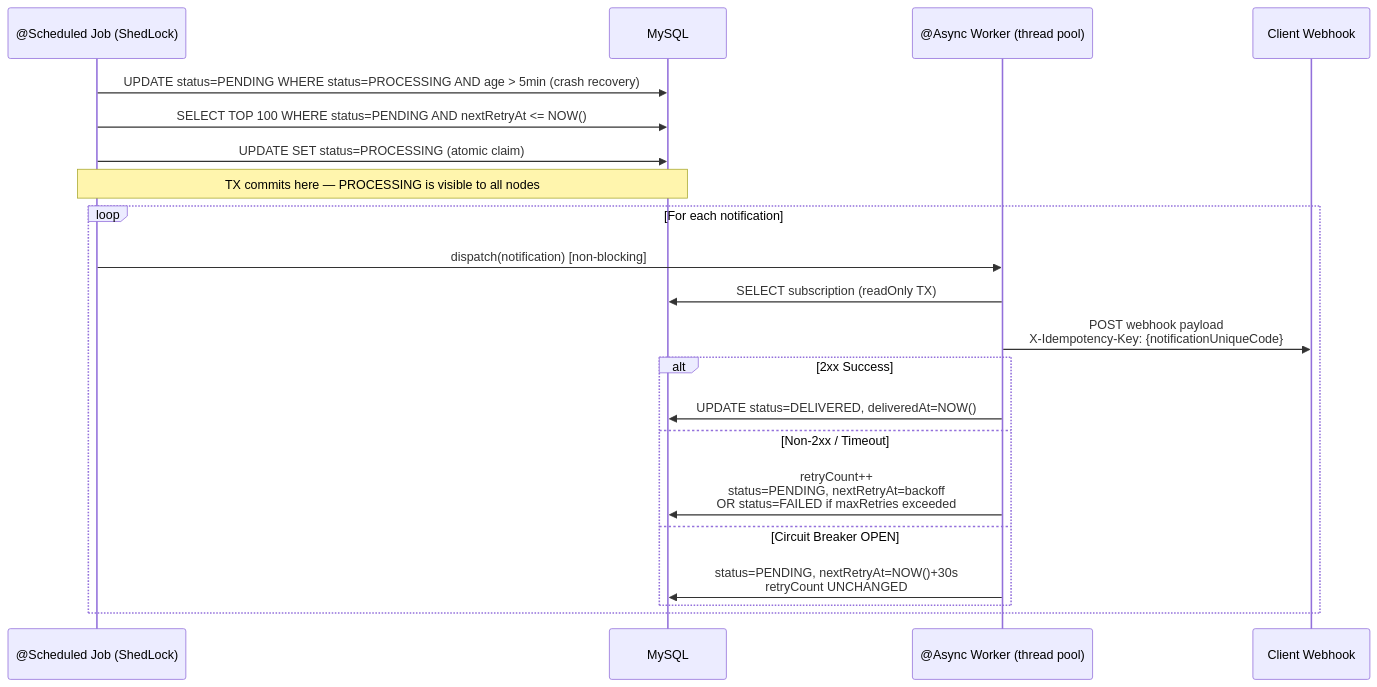
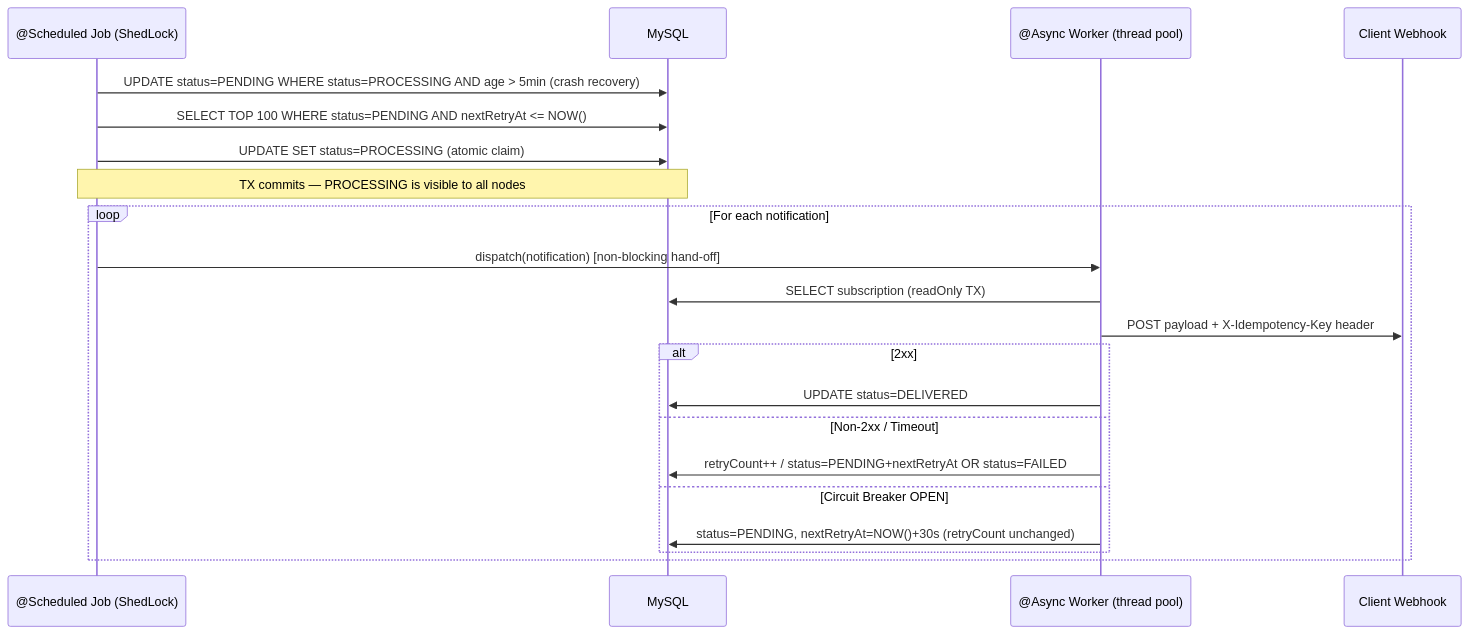
One commit to alangonzalez93/notification-events-api changed the fourth of 5 diagrams in doc/system-design.md. Above: the diagram before and after it, drawn with Mermaid. The commit also changed other lines of this file and 87 other files, not shown here.

````diff
--- a/doc/system-design.md
+++ b/doc/system-design.md
@@ -107,24 +107,24 @@
 ```mermaid
 sequenceDiagram
     participant JOB as @Scheduled Job (ShedLock)
     participant DB as MySQL
     participant ASYNC as @Async Worker (thread pool)
     participant WH as Client Webhook
 
     JOB->>DB: UPDATE status=PENDING WHERE status=PROCESSING AND age > 5min (crash recovery)
     JOB->>DB: SELECT TOP 100 WHERE status=PENDING AND nextRetryAt <= NOW()
     JOB->>DB: UPDATE SET status=PROCESSING (atomic claim)
-    Note over JOB,DB: TX commits here — PROCESSING is visible to all nodes
+    Note over JOB,DB: TX commits — PROCESSING is visible to all nodes
     loop For each notification
-        JOB->>ASYNC: dispatch(notification) [non-blocking]
+        JOB->>ASYNC: dispatch(notification) [non-blocking hand-off]
         ASYNC->>DB: SELECT subscription (readOnly TX)
-        ASYNC->>WH: POST webhook payload<br/>X-Idempotency-Key: {notificationUniqueCode}
-        alt 2xx Success
-            ASYNC->>DB: UPDATE status=DELIVERED, deliveredAt=NOW()
+        ASYNC->>WH: POST payload + X-Idempotency-Key header
+        alt 2xx
+            ASYNC->>DB: UPDATE status=DELIVERED
         else Non-2xx / Timeout
-            ASYNC->>DB: retryCount++<br/>status=PENDING, nextRetryAt=backoff<br/>OR status=FAILED if maxRetries exceeded
+            ASYNC->>DB: retryCount++ / status=PENDING+nextRetryAt OR status=FAILED
         else Circuit Breaker OPEN
-            ASYNC->>DB: status=PENDING, nextRetryAt=NOW()+30s<br/>retryCount UNCHANGED
+            ASYNC->>DB: status=PENDING, nextRetryAt=NOW()+30s (retryCount unchanged)
         end
     end
 ```
````
